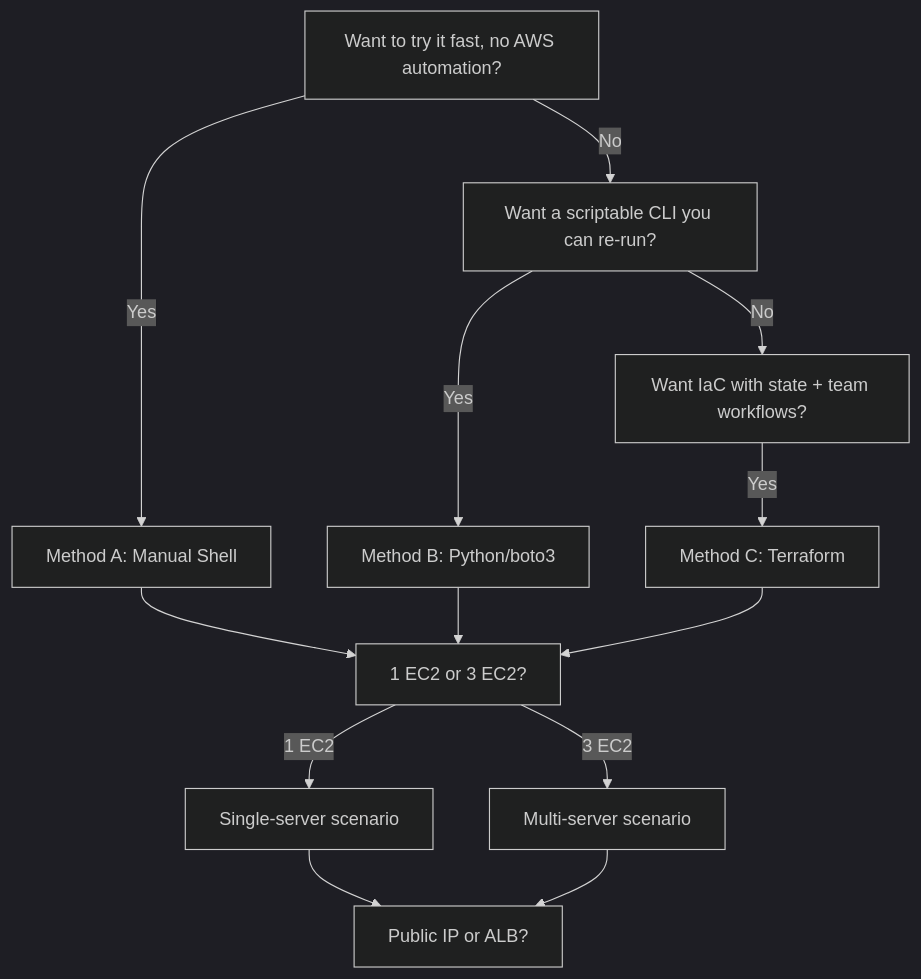
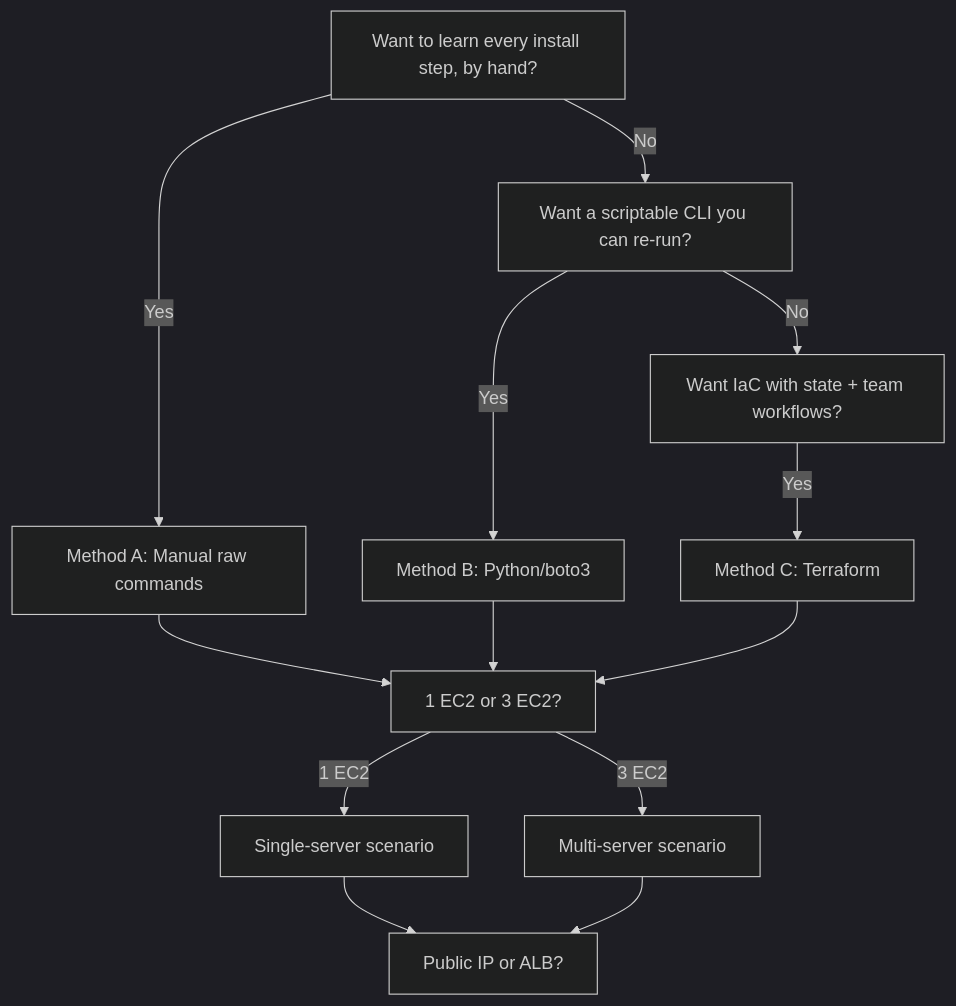
Before and after one commit to sarowar-alam/multi-server-three-tier-app: the second of 2 diagrams in README.md, drawn with Mermaid (dark theme). The commit also changed other lines of this file, not shown here.

Commit message:
README: replace Method A with fully manual raw-command walkthrough

````diff
--- a/README.md
+++ b/README.md
@@ -176,15 +329,15 @@
 ```mermaid
 flowchart TD
-    A["Want to try it fast, no AWS automation?"] -->|Yes| B["Method A: Manual Shell"]
+    A["Want to learn every install step, by hand?"] -->|Yes| B["Method A: Manual raw commands"]
     A -->|No| C["Want a scriptable CLI you can re-run?"]
     C -->|Yes| D["Method B: Python/boto3"]
     C -->|No| E["Want IaC with state + team workflows?"]
     E -->|Yes| F["Method C: Terraform"]
     B --> G["1 EC2 or 3 EC2?"]
     D --> G
     F --> G
     G -->|1 EC2| H["Single-server scenario"]
     G -->|3 EC2| I["Multi-server scenario"]
     H --> J["Public IP or ALB?"]
     I --> J
 ```
````
